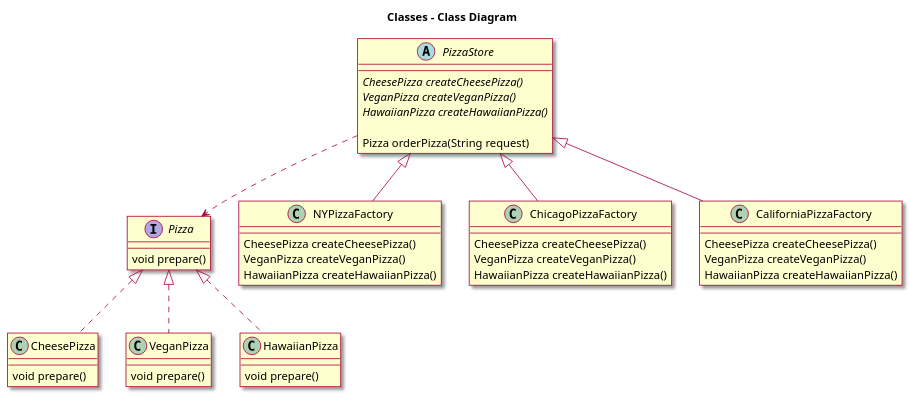
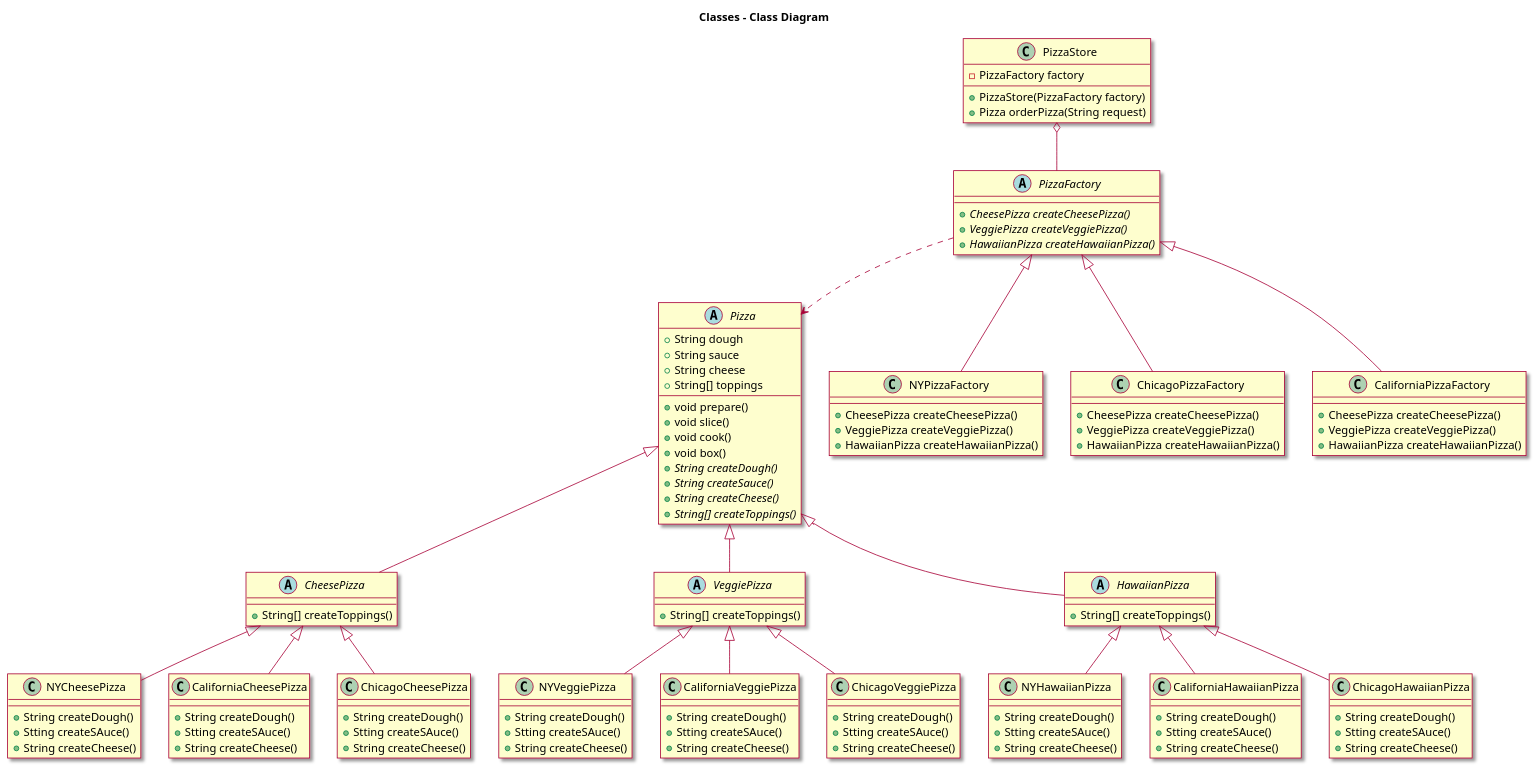
Before and after one commit to A00820449/lab1-software-design: the diagram in plantuml.wsd, drawn with PlantUML. The commit also changed 1 other file, not shown here.

Commit message:
updated diagram

```diff
--- a/plantuml.wsd
+++ b/plantuml.wsd
@@ -1,51 +1,122 @@
 @startuml class
 
 skin rose
 
 title Classes - Class Diagram
 
+abstract class Pizza {
+  +String dough
+  +String sauce
+  +String cheese
+  +String[] toppings
 
-abstract class PizzaStore {
-  {abstract} CheesePizza createCheesePizza()
-  {abstract} VeganPizza createVeganPizza()
-  {abstract} HawaiianPizza createHawaiianPizza()
-  
-  Pizza orderPizza(String request)
-  
+  +void prepare()
+  +void slice()
+  +void cook()
+  +void box()
+  {abstract} +String createDough()
+  {abstract} +String createSauce()
+  {abstract} +String createCheese()
+  {abstract} +String[] createToppings()
 }
 
-PizzaStore ..> Pizza
-
-class NYPizzaFactory extends PizzaStore {
-  CheesePizza createCheesePizza()
-  VeganPizza createVeganPizza()
-  HawaiianPizza createHawaiianPizza()
+abstract class CheesePizza extends Pizza {
+  +String[] createToppings()
 }
 
-class ChicagoPizzaFactory extends PizzaStore {
-  CheesePizza createCheesePizza()
-  VeganPizza createVeganPizza()
-  HawaiianPizza createHawaiianPizza()
+abstract class VeggiePizza extends Pizza {
+  +String[] createToppings()
 }
 
-class CaliforniaPizzaFactory extends PizzaStore {
-  CheesePizza createCheesePizza()
-  VeganPizza createVeganPizza()
-  HawaiianPizza createHawaiianPizza()
+abstract class HawaiianPizza extends Pizza {
+  +String[] createToppings()
 }
 
-interface Pizza {
-  void prepare()
+class NYCheesePizza extends CheesePizza {
+  +String createDough()
+  +Stting createSAuce()
+  +String createCheese()
 }
 
-class CheesePizza implements Pizza {
-  void prepare()
-}
-class VeganPizza implements Pizza {
-  void prepare()
-}
-class HawaiianPizza implements Pizza {
-  void prepare()
+class NYVeggiePizza extends VeggiePizza {
+  +String createDough()
+  +Stting createSAuce()
+  +String createCheese()
 }
 
+class NYHawaiianPizza extends HawaiianPizza {
+  +String createDough()
+  +Stting createSAuce()
+  +String createCheese()
+}
+
+class CaliforniaCheesePizza extends CheesePizza {
+  +String createDough()
+  +Stting createSAuce()
+  +String createCheese()
+}
+
+class CaliforniaVeggiePizza extends VeggiePizza {
+  +String createDough()
+  +Stting createSAuce()
+  +String createCheese()
+}
+
+class CaliforniaHawaiianPizza extends HawaiianPizza {
+  +String createDough()
+  +Stting createSAuce()
+  +String createCheese()
+}
+
+class ChicagoCheesePizza extends CheesePizza {
+  +String createDough()
+  +Stting createSAuce()
+  +String createCheese()
+}
+
+class ChicagoVeggiePizza extends VeggiePizza {
+  +String createDough()
+  +Stting createSAuce()
+  +String createCheese()
+}
+
+class ChicagoHawaiianPizza extends HawaiianPizza {
+  +String createDough()
+  +Stting createSAuce()
+  +String createCheese()
+}
+
+abstract class PizzaFactory {
+  {abstract} +CheesePizza createCheesePizza()
+  {abstract} +VeggiePizza createVeggiePizza()
+  {abstract} +HawaiianPizza createHawaiianPizza()
+}
+PizzaFactory ..> Pizza
+
+class NYPizzaFactory extends PizzaFactory {
+  +CheesePizza createCheesePizza()
+  +VeggiePizza createVeggiePizza()
+  +HawaiianPizza createHawaiianPizza()
+}
+
+class ChicagoPizzaFactory extends PizzaFactory {
+  +CheesePizza createCheesePizza()
+  +VeggiePizza createVeggiePizza()
+  +HawaiianPizza createHawaiianPizza()
+}
+
+class CaliforniaPizzaFactory extends PizzaFactory {
+  +CheesePizza createCheesePizza()
+  +VeggiePizza createVeggiePizza()
+  +HawaiianPizza createHawaiianPizza()
+}
+
+class PizzaStore {
+  -PizzaFactory factory
+  
+  +PizzaStore(PizzaFactory factory)
+  +Pizza orderPizza(String request)
+}
+PizzaStore o-- PizzaFactory
+
 @enduml
```
